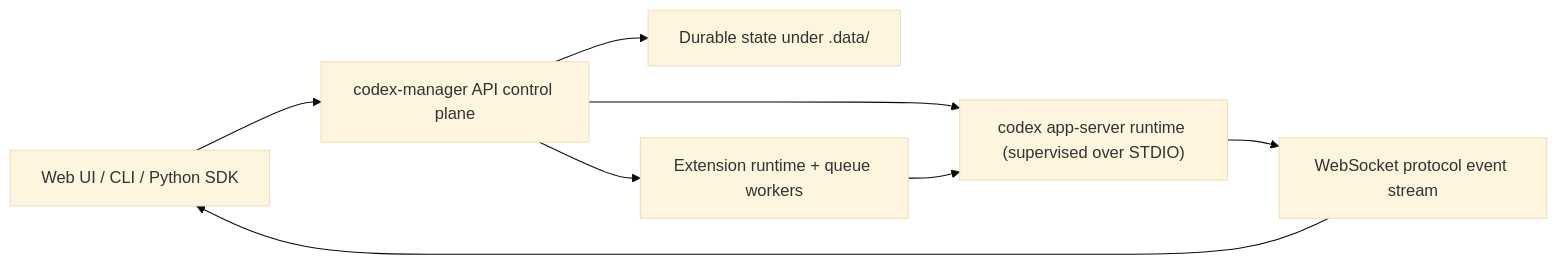
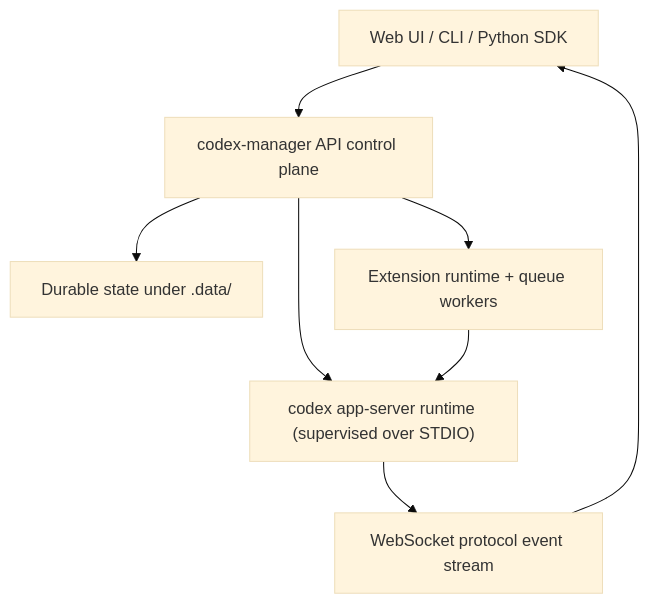
The diagram in README.md (jmillpps/codex-manager), drawn with Mermaid (base theme) before and after one commit.

Commit message:
docs: switch README architecture chart to top-down

````diff
--- a/README.md
+++ b/README.md
@@ -99,10 +99,10 @@
 ```mermaid
-flowchart LR
+flowchart TD
     CLIENTS["Web UI / CLI / Python SDK"] --> API["codex-manager API control plane"]
     API --> RUNTIME["codex app-server runtime (supervised over STDIO)"]
     RUNTIME --> STREAM["WebSocket protocol event stream"]
     STREAM --> CLIENTS
     API --> STATE["Durable state under .data/"]
     API --> EXT["Extension runtime + queue workers"]
     EXT --> RUNTIME
 ```
````
